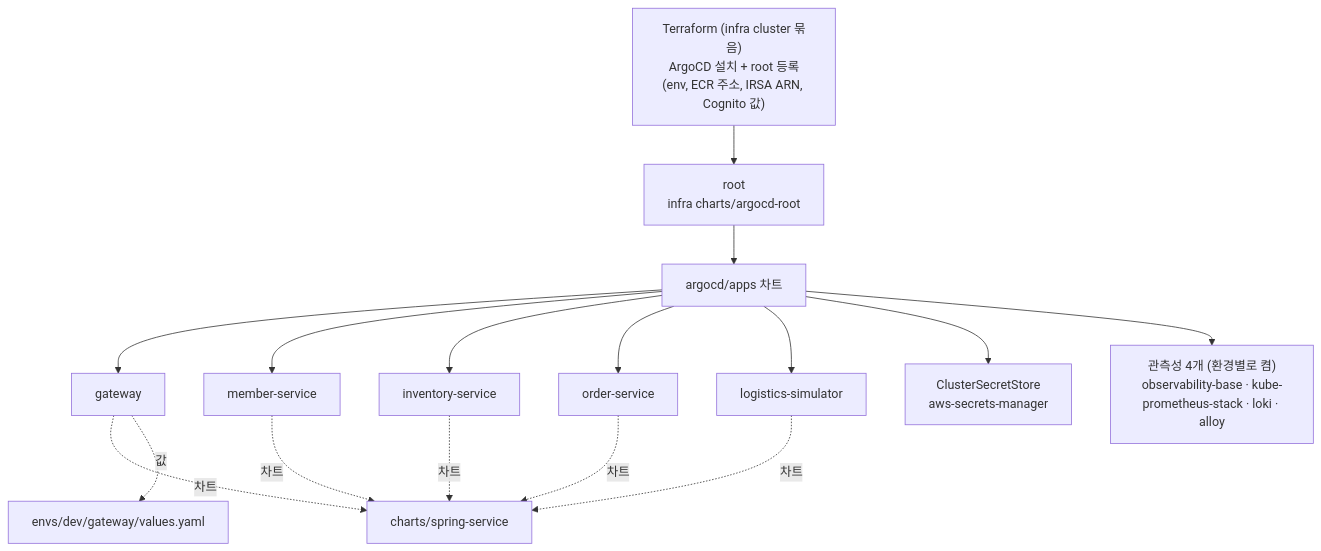
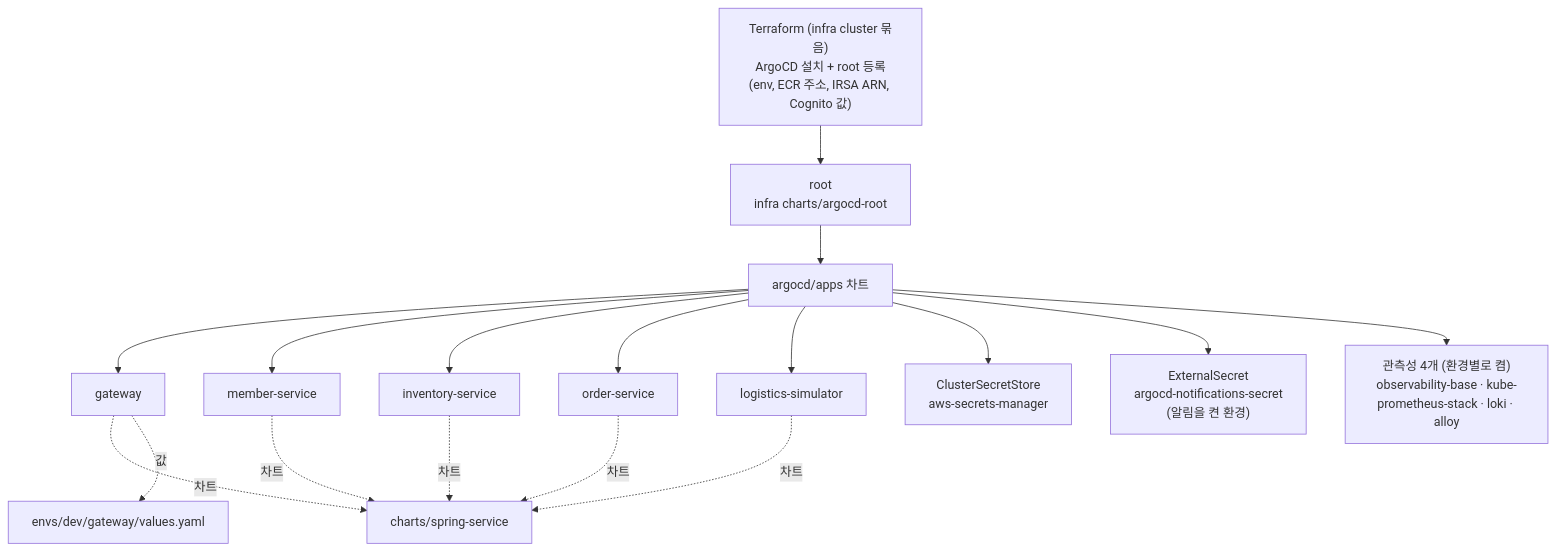
The fourth of 4 diagrams in README.md (sesac-freshlink/gitops), drawn with Mermaid before and after one commit. The commit also changed other lines of this file and 1 other file, not shown here.

Commit message:
feat(argocd): ArgoCD 알림 웹훅을 ExternalSecret으로 넣는다 (#20)
root가 cluster.notifications.webhookSecretName을 넘긴 환경(지금 prod)에만
argocd-notifications-secret(키 discord-webhook-url)을 Secrets Manager에서 만든다.
웹훅 주소는 이 레포에 쓰지 않는다. 트리거·메시지는 infra envs/<env>/cluster/helm.tf.

Claude-Session: https://claude.ai/code/session_01BALwRA3u8K8r8DZxGjhP2y

````diff
--- a/README.md
+++ b/README.md
@@ -193,14 +193,15 @@
 ```mermaid
 flowchart TB
     TF["Terraform (infra cluster 묶음)<br/>ArgoCD 설치 + root 등록<br/>(env, ECR 주소, IRSA ARN, Cognito 값)"] --> R["root<br/>infra charts/argocd-root"]
     R --> A["argocd/apps 차트"]
     A --> G["gateway"]
     A --> MS["member-service"]
     A --> IS["inventory-service"]
     A --> OS["order-service"]
     A --> LS["logistics-simulator"]
     A --> CSS["ClusterSecretStore<br/>aws-secrets-manager"]
+    A --> NS["ExternalSecret<br/>argocd-notifications-secret<br/>(알림을 켠 환경)"]
     A --> OBS["관측성 4개 (환경별로 켬)<br/>observability-base · kube-prometheus-stack · loki · alloy"]
     G & MS & IS & OS & LS -. "차트" .-> C["charts/spring-service"]
     G -. "값" .-> V["envs/dev/gateway/values.yaml"]
 ```
````
